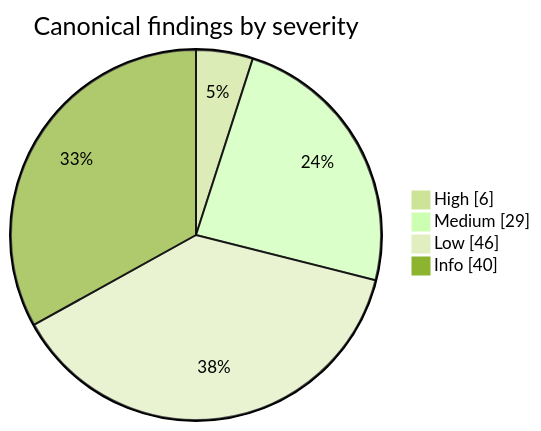
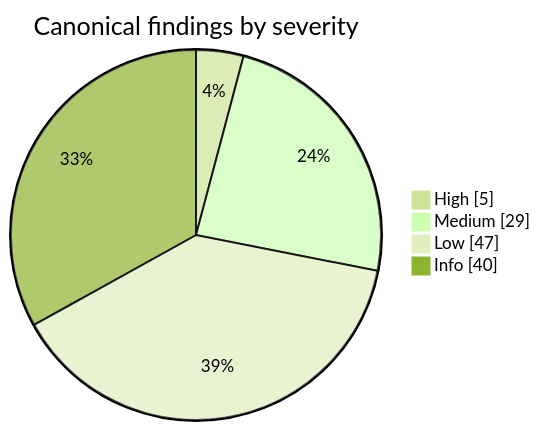
Before and after one commit to BlackBeltTechnology/pi-agent-dashboard: the diagram in docs/security/residual-risks.md, drawn with Mermaid (forest theme). The commit also changed other lines of this file and 17 other files, not shown here.

````diff
--- a/docs/security/residual-risks.md
+++ b/docs/security/residual-risks.md
@@ -41,7 +41,7 @@
 ```mermaid
 pie showData title Canonical findings by severity
-    "High" : 6
+    "High" : 5
     "Medium" : 29
-    "Low" : 46
+    "Low" : 47
     "Info" : 40
 ```
````
